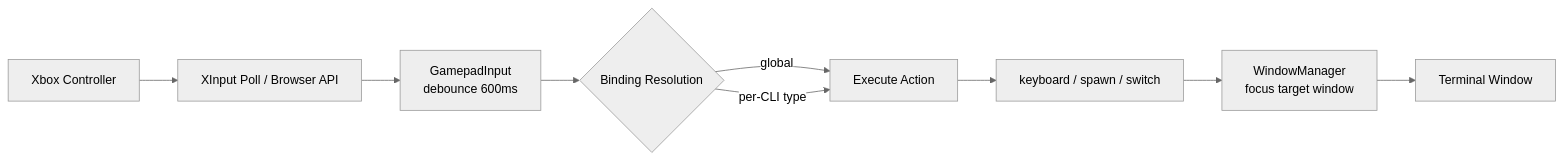
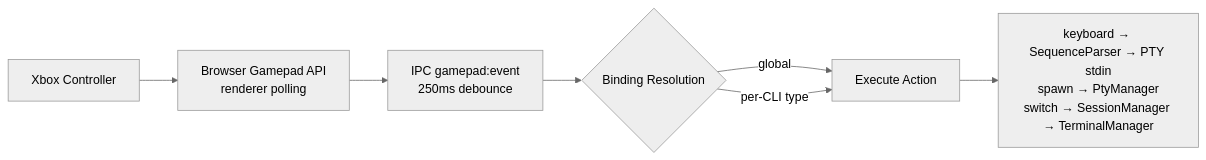
The second of 3 diagrams in .github/copilot-instructions.md (PetePeter/gamepad-cli-hub), drawn with Mermaid (neutral theme) before and after one commit. The commit also changed other lines of this file and 19 other files, not shown here.

First line of the commit message:
refactor: remove XInput, simplify gamepad to Browser API only

````diff
--- a/.github/copilot-instructions.md
+++ b/.github/copilot-instructions.md
@@ -64,11 +58,9 @@
 ```mermaid
 flowchart LR
-    A[Xbox Controller] --> B[XInput Poll / Browser API]
-    B --> C[GamepadInput<br/>debounce 600ms]
+    A[Xbox Controller] --> B[Browser Gamepad API<br/>renderer polling]
+    B --> C[IPC gamepad:event<br/>250ms debounce]
     C --> D{Binding Resolution}
     D -->|global| E[Execute Action]
     D -->|per-CLI type| E
-    E --> F[keyboard / spawn / switch]
-    F --> G[WindowManager<br/>focus target window]
-    G --> H[Terminal Window]
+    E --> F[keyboard → SequenceParser → PTY stdin<br/>spawn → PtyManager<br/>switch → SessionManager → TerminalManager]
 ```
````
